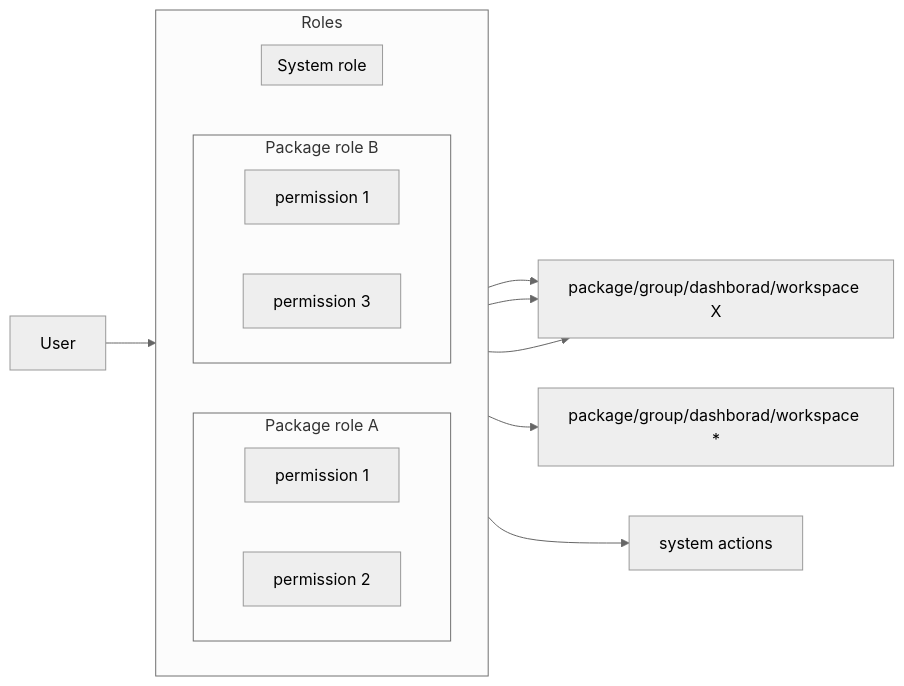
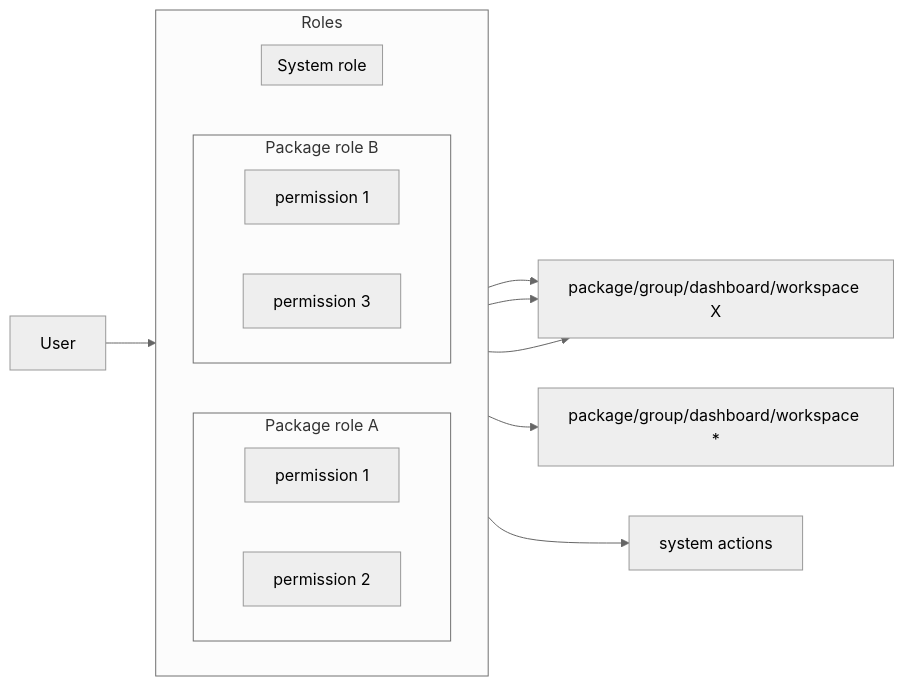
Before and after one commit to Netcracker/qubership-apihub-backend: the diagram in docs/security/security_model.md, drawn with Mermaid (neutral theme). The commit also changed other lines of this file, not shown here.

````diff
--- a/docs/security/security_model.md
+++ b/docs/security/security_model.md
@@ -53,26 +56,26 @@
 ```mermaid
 flowchart LR
  subgraph role1["Package role A"]
     direction RL
         permission_1_1["permission 1"]
         permission_1_2["permission 2"]
   end
  subgraph role2["Package role B"]
     direction RL
         permission_2_1["permission 1"]
         permission_2_3["permission 3"]
   end
  subgraph system_role["System role"]
     direction BT
   end
  subgraph roles["Roles"]
     direction RL
         role1
         role2
         system_role
   end
     user["User"] --> roles
-    role1 --> package_1["package/group/dashborad/workspace X"]
+    role1 --> package_1["package/group/dashboard/workspace X"]
     role2 --> package_1
-    system_role --> package_1 & package_2["package/group/dashborad/workspace *"] & system_actions["system actions"]
+    system_role --> package_1 & package_2["package/group/dashboard/workspace *"] & system_actions["system actions"]
 ```
````
